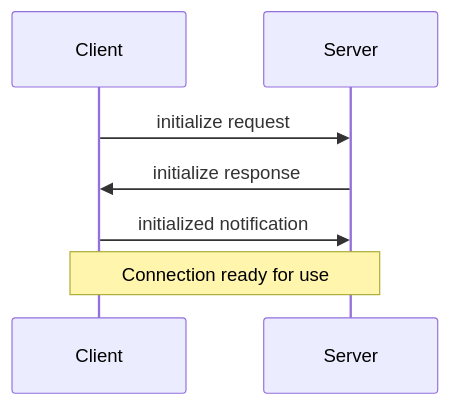
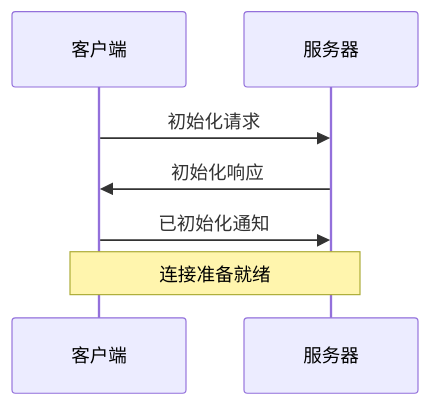
Before and after one commit to mergedao/docs: the second of 2 diagrams in docs/concepts/architecture.mdx, drawn with Mermaid. The commit also changed other lines of this file and 47 other files, not shown here.

````diff
--- a/docs/concepts/architecture.mdx
+++ b/docs/concepts/architecture.mdx
@@ -154,11 +154,11 @@
 ```mermaid
 sequenceDiagram
-    participant Client
-    participant Server
+    participant Client as 客户端
+    participant Server as 服务器
 
-    Client->>Server: initialize request
-    Server->>Client: initialize response
-    Client->>Server: initialized notification
+    Client->>Server: 初始化请求
+    Server->>Client: 初始化响应
+    Client->>Server: 已初始化通知
 
-    Note over Client,Server: Connection ready for use
+    Note over Client,Server: 连接准备就绪
 ```
````
